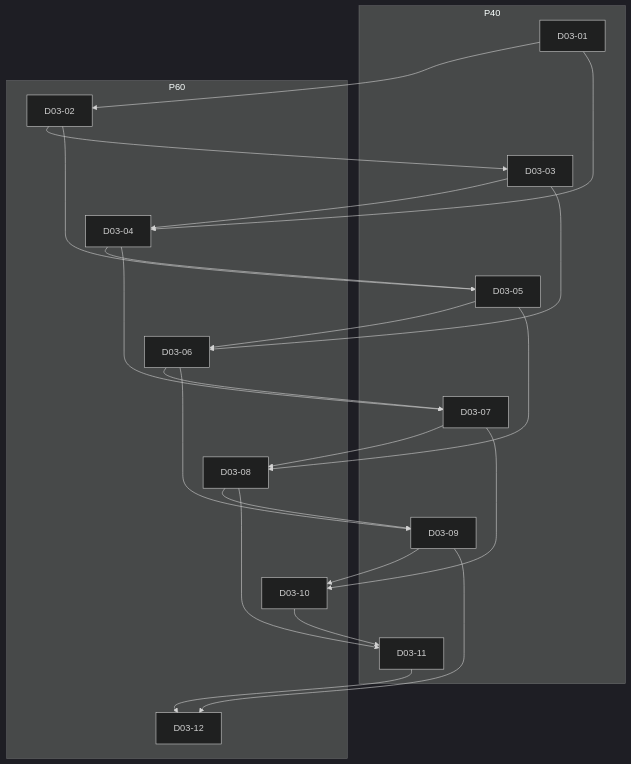
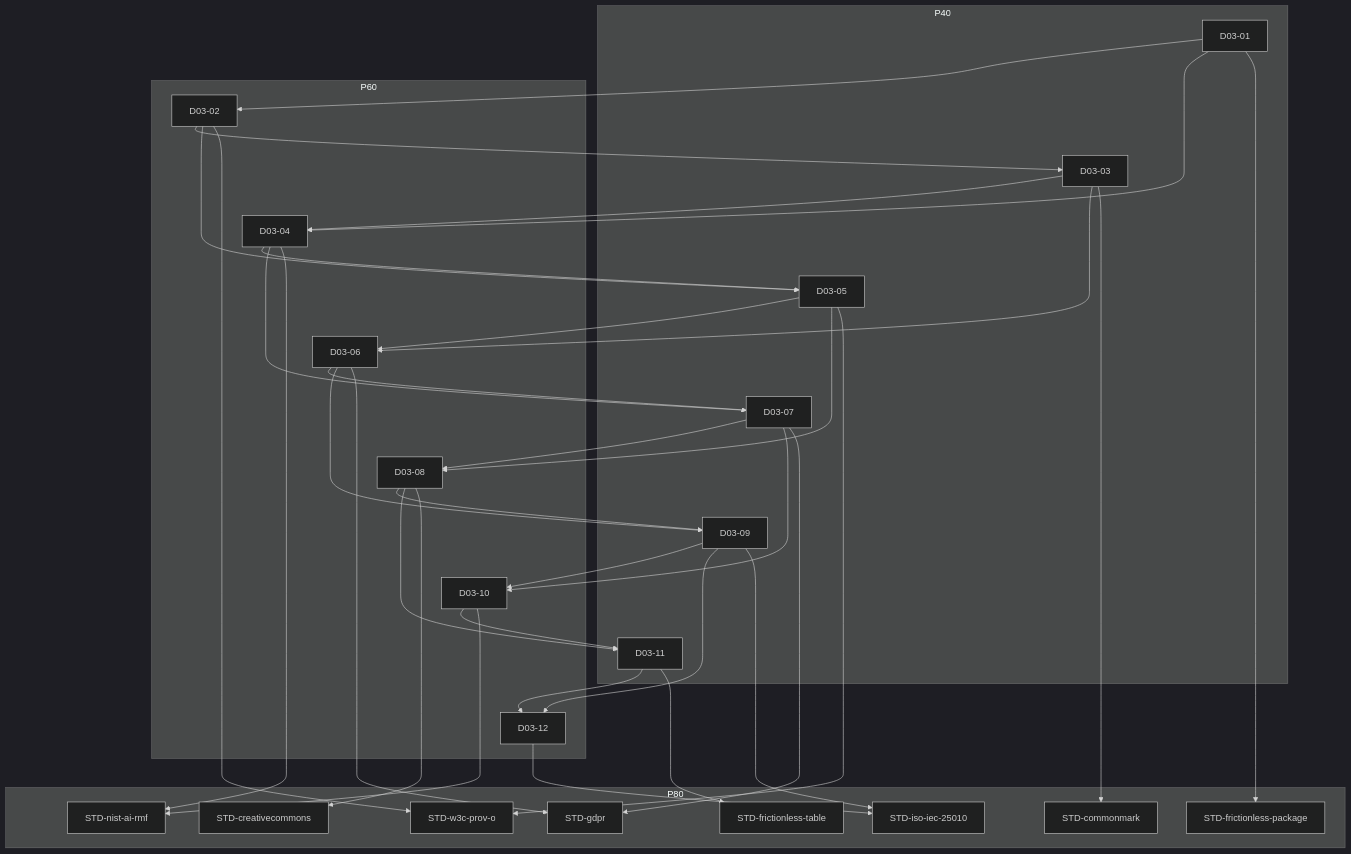
One commit to Monyeah777/NarrativeForge changed the diagram in community/AI法律与合规域包/outputs/charts/CONCEPT_DAG.mmd. Above: the diagram before and after it, drawn with Mermaid (dark theme). The commit also changed 721 other files, not shown here.

```diff
--- a/community/AI法律与合规域包/outputs/charts/CONCEPT_DAG.mmd
+++ b/community/AI法律与合规域包/outputs/charts/CONCEPT_DAG.mmd
@@ -1,38 +1,60 @@
 %% 概念前置图（由 community/AI法律与合规域包/assets/CONCEPT_GRAPH.md 确定性派生；唯一机读真相在资产 §4 围栏块）
 flowchart TD
   subgraph P40[P40]
     D03-01
     D03-03
     D03-05
     D03-07
     D03-09
     D03-11
   end
   subgraph P60[P60]
     D03-02
     D03-04
     D03-06
     D03-08
     D03-10
     D03-12
+  end
+  subgraph P80[P80]
+    STD-commonmark
+    STD-creativecommons
+    STD-frictionless-package
+    STD-frictionless-table
+    STD-gdpr
+    STD-iso-iec-25010
+    STD-nist-ai-rmf
+    STD-w3c-prov-o
   end
   D03-01 --> D03-02
   D03-02 --> D03-03
   D03-03 --> D03-04
   D03-01 --> D03-04
   D03-04 --> D03-05
   D03-02 --> D03-05
   D03-05 --> D03-06
   D03-03 --> D03-06
   D03-06 --> D03-07
   D03-04 --> D03-07
   D03-07 --> D03-08
   D03-05 --> D03-08
   D03-08 --> D03-09
   D03-06 --> D03-09
   D03-09 --> D03-10
   D03-07 --> D03-10
   D03-10 --> D03-11
   D03-08 --> D03-11
   D03-11 --> D03-12
   D03-09 --> D03-12
+  D03-03 --> STD-commonmark
+  D03-08 --> STD-creativecommons
+  D03-01 --> STD-frictionless-package
+  D03-11 --> STD-frictionless-table
+  D03-06 --> STD-gdpr
+  D03-07 --> STD-gdpr
+  D03-09 --> STD-iso-iec-25010
+  D03-12 --> STD-iso-iec-25010
+  D03-04 --> STD-nist-ai-rmf
+  D03-10 --> STD-nist-ai-rmf
+  D03-02 --> STD-w3c-prov-o
+  D03-05 --> STD-w3c-prov-o
```
